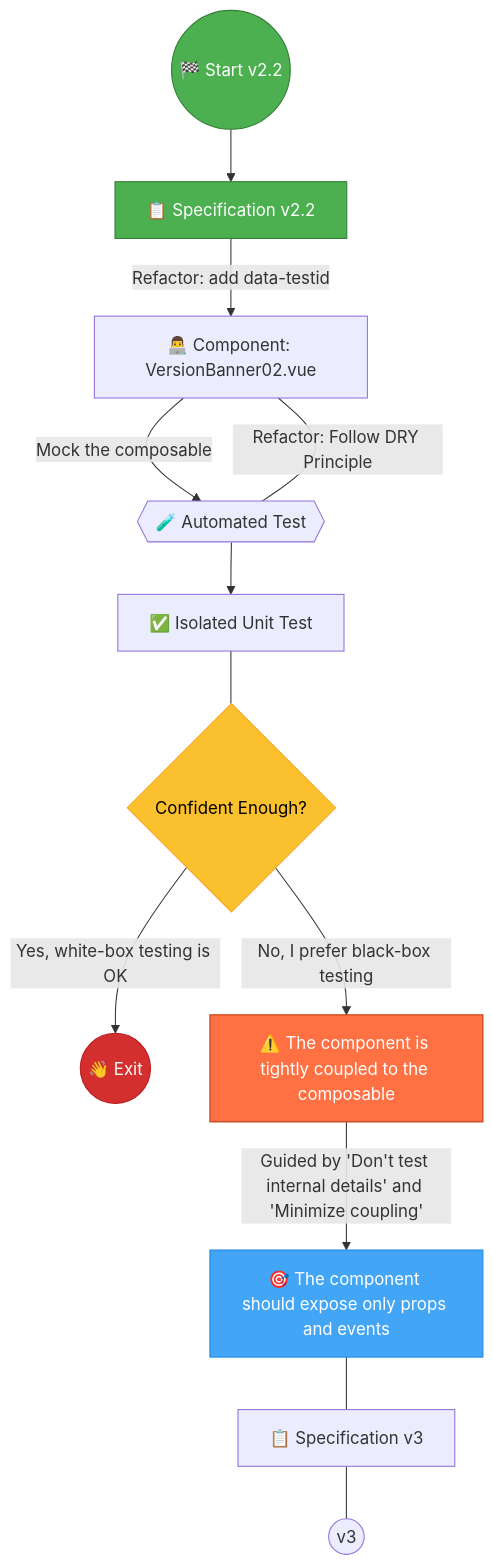
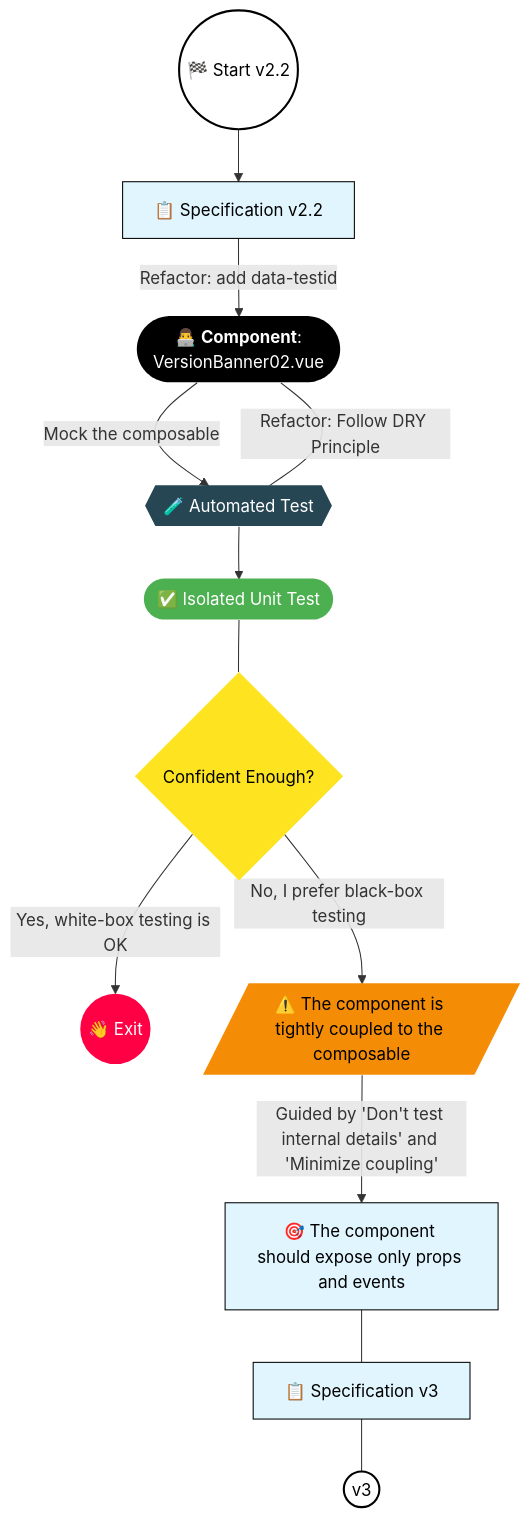
One commit to jeromeabel/nuxt-clean-architecture changed the diagram in docs/Testing a Simple Nuxt Feature - 5 - Mocking the composable (v2-2 & v2-3).md. Above: the diagram before and after it, drawn with Mermaid. The commit also changed 6 other files, not shown here.

Commit message:
docs(version): up graphs colors and shapes

````diff
--- a/docs/Testing a Simple Nuxt Feature - 5 - Mocking the composable (v2-2 & v2-3).md
+++ b/docs/Testing a Simple Nuxt Feature - 5 - Mocking the composable (v2-2 & v2-3).md
@@ -205,46 +205,48 @@
 ```mermaid
 graph TB
 
     %% Start
     A((🏁 Start v2.2)):::start
 
     %% Specification v2 Checklist
-    B[📋 Specification v2.2]:::start
+    B[📋 Specification v2.2]:::checklist
 
     %% Development Process
-    C["👨‍💻 Component: VersionBanner02.vue"]
+    C(["👨‍💻 <b>Component</b>:<br>VersionBanner02.vue"]):::impl
 
         %% Test
-    D{{🧪 Automated Test}}
+    D{{🧪 Automated Test}}:::test
 
-    E[✅ Isolated Unit Test]
+    E([✅ Isolated Unit Test]):::success
     F{Confident Enough?}:::decision
     G((👋 Exit)):::exit
 
     %% Issues
-    H[⚠️ The component is tightly coupled to the composable]:::issue
-    I[🎯 The component should expose only props and events]:::action
+    H[/⚠️ The component is tightly coupled to the composable/]:::issue
+    I[🎯 The component should expose only props and events]:::checklist
 
-    J[📋 Specification v3]
-    K((v3))
+    J[📋 Specification v3]:::checklist
+    K((v3)):::start
 
     %% Connections
     A --> B
     B --> | Refactor: add data-testid | C
     C --> | Mock the composable | D
     C --- | Refactor: Follow DRY Principle| D
     D --> E
     E --- F
     F --> |Yes, white-box testing is OK| G
     F --> |No, I prefer black-box testing| H
     H --> |Guided by 'Don't test internal details' and 'Minimize coupling'| I
     I --- J --- K
 
     %% Define Styles %%
-    classDef start fill:#4CAF50,stroke:#2E7D32,color:#FFFFFF;
-    classDef exit fill:#D32F2F,stroke:#B71C1C,color:#FFFFFF;
-    classDef decision fill:#FBC02D,stroke:#F9A825,color:#000000;
-    classDef issue fill:#FF7043,stroke:#BF360C,color:#FFFFFF;
-    classDef action fill:#42A5F5,stroke:#1E88E5,color:#FFFFFF;
-    classDef checklist fill:#E1F5FE,stroke:#0277BD,color:#000000
+    classDef start fill:#fff,color:#000,stroke:#000,stroke-width:2;
+    classDef impl fill:#000,color:#fff,stroke:#fff,stroke-width:0;
+    classDef issue fill:#f48c06,color:#000,stroke:#333,stroke-width:0;
+    classDef decision fill:#FEE420,color:#000,stroke:#4F4400,stroke-width:0;
+    classDef test fill:#264653,color:#fff,stroke:#060600,stroke-width:0;
+    classDef exit fill:#ff0044,color:#fff,stroke-width:0;
+    classDef checklist fill:#E1F5FE,stroke:#000000,color:#000000;
+    classDef success fill:#4CAF50,color:#fff,stroke:#fff,stroke-width:0;
 ```
````
